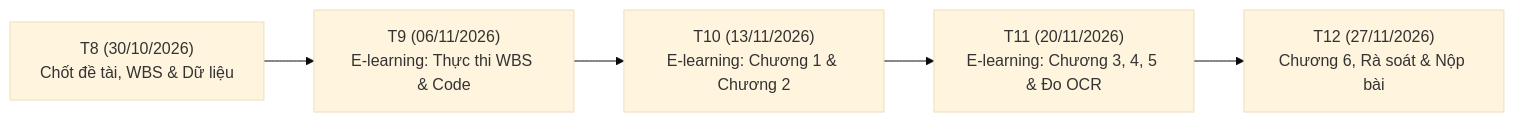
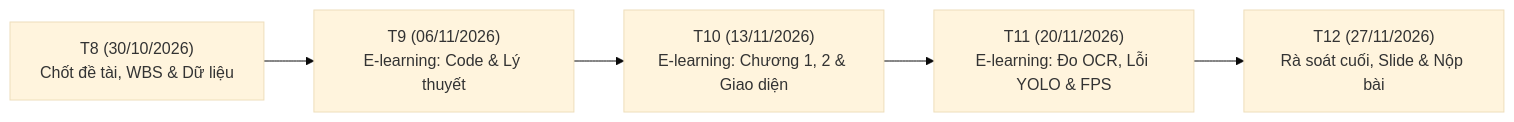
One commit to hoctv5618-ai/ITS-License-plate changed the diagram in TIEN_DO_WBS.md. Above: the diagram before and after it, drawn with Mermaid (base theme). The commit also changed other lines of this file and 3 other files, not shown here.

````diff
--- a/TIEN_DO_WBS.md
+++ b/TIEN_DO_WBS.md
@@ -14,7 +15,7 @@
 ```mermaid
 flowchart LR
-    T8["T8 (30/10/2026)<br/>Chốt đề tài, WBS & Dữ liệu"] --> T9["T9 (06/11/2026)<br/>E-learning: Thực thi WBS & Code"]
-    T9 --> T10["T10 (13/11/2026)<br/>E-learning: Chương 1 & Chương 2"]
-    T10 --> T11["T11 (20/11/2026)<br/>E-learning: Chương 3, 4, 5 & Đo OCR"]
-    T11 --> T12["T12 (27/11/2026)<br/>Chương 6, Rà soát & Nộp bài"]
+    T8["T8 (30/10/2026)<br/>Chốt đề tài, WBS & Dữ liệu"] --> T9["T9 (06/11/2026)<br/>E-learning: Code & Lý thuyết"]
+    T9 --> T10["T10 (13/11/2026)<br/>E-learning: Chương 1, 2 & Giao diện"]
+    T10 --> T11["T11 (20/11/2026)<br/>E-learning: Đo OCR, Lỗi YOLO & FPS"]
+    T11 --> T12["T12 (27/11/2026)<br/>Rà soát cuối, Slide & Nộp bài"]
 ```
````
